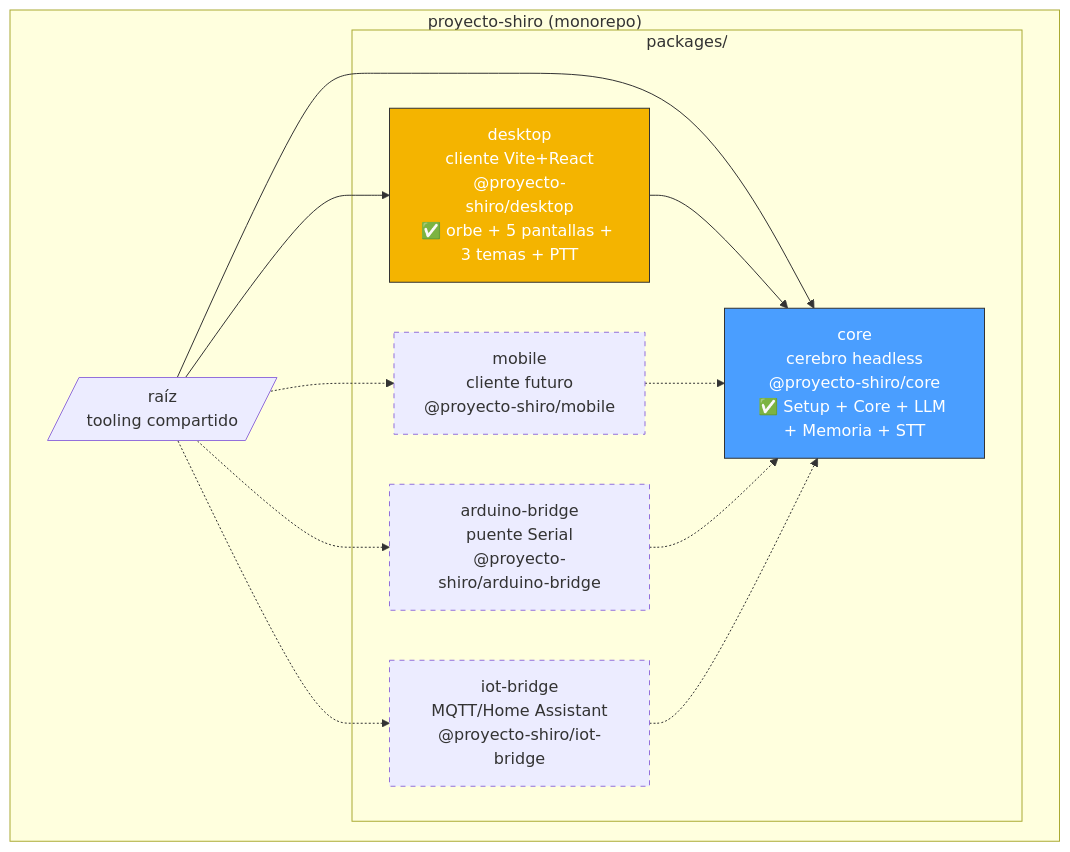
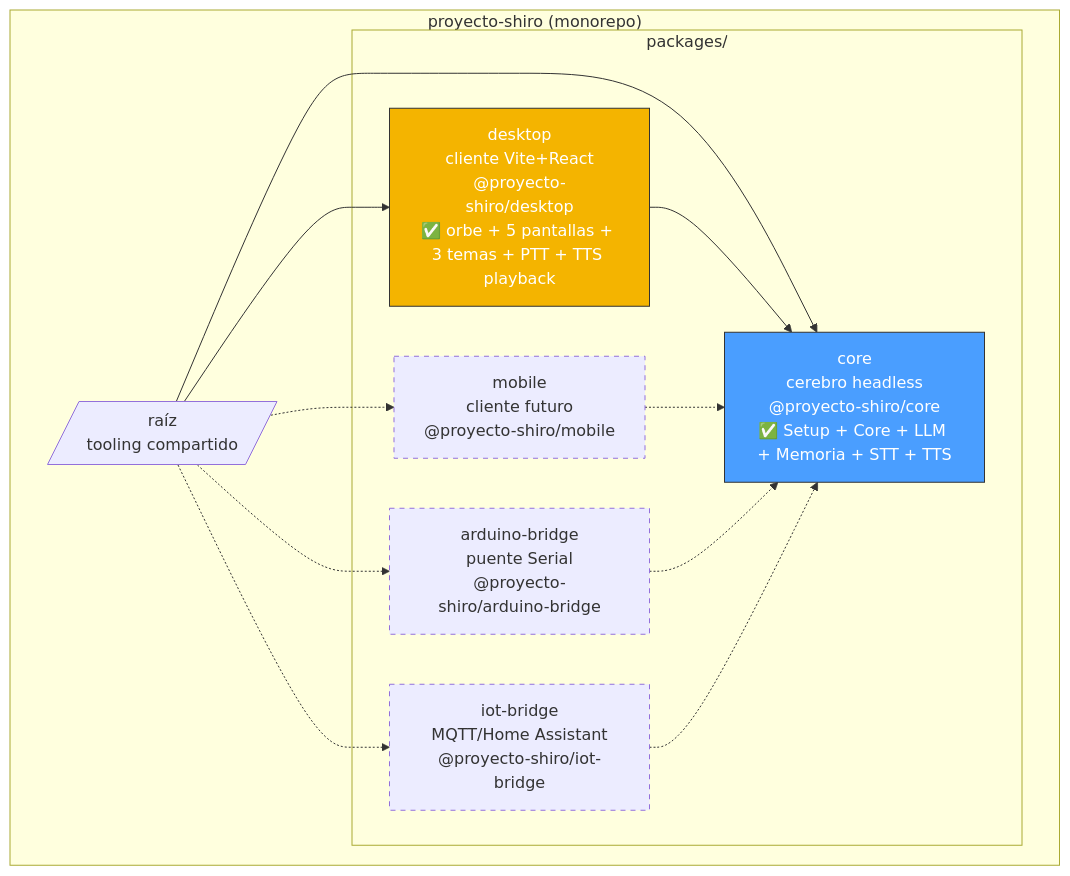
Before and after one commit to Pipelol0723/proyecto-shiro: the first of 7 diagrams in docs/architecture.md, drawn with Mermaid. The commit also changed other lines of this file and 3 other files, not shown here.

First line of the commit message:
docs: cierre del hito TTS en README + architecture + CLAUDE + plan

````diff
--- a/docs/architecture.md
+++ b/docs/architecture.md
@@ -31,31 +31,31 @@
 ```mermaid
 graph TB
     subgraph "proyecto-shiro (monorepo)"
         Root[/"raíz<br>tooling compartido"/]
 
         subgraph "packages/"
-            Core["core<br>cerebro headless<br>@proyecto-shiro/core<br>✅ Setup + Core + LLM + Memoria + STT"]
-            Desktop["desktop<br>cliente Vite+React<br>@proyecto-shiro/desktop<br>✅ orbe + 5 pantallas + 3 temas + PTT"]
+            Core["core<br>cerebro headless<br>@proyecto-shiro/core<br>✅ Setup + Core + LLM + Memoria + STT + TTS"]
+            Desktop["desktop<br>cliente Vite+React<br>@proyecto-shiro/desktop<br>✅ orbe + 5 pantallas + 3 temas + PTT + TTS playback"]
             Mobile["mobile<br>cliente futuro<br>@proyecto-shiro/mobile"]
             Arduino["arduino-bridge<br>puente Serial<br>@proyecto-shiro/arduino-bridge"]
             IoT["iot-bridge<br>MQTT/Home Assistant<br>@proyecto-shiro/iot-bridge"]
         end
 
         Root --> Core
         Root --> Desktop
         Root -.-> Mobile
         Root -.-> Arduino
         Root -.-> IoT
 
         Desktop --> Core
         Mobile -.-> Core
         Arduino -.-> Core
         IoT -.-> Core
     end
 
     style Core fill:#4a9eff,stroke:#333,color:#fff
     style Desktop fill:#f4b400,stroke:#333,color:#fff
     style Mobile stroke-dasharray: 5 5
     style Arduino stroke-dasharray: 5 5
     style IoT stroke-dasharray: 5 5
 ```
````
